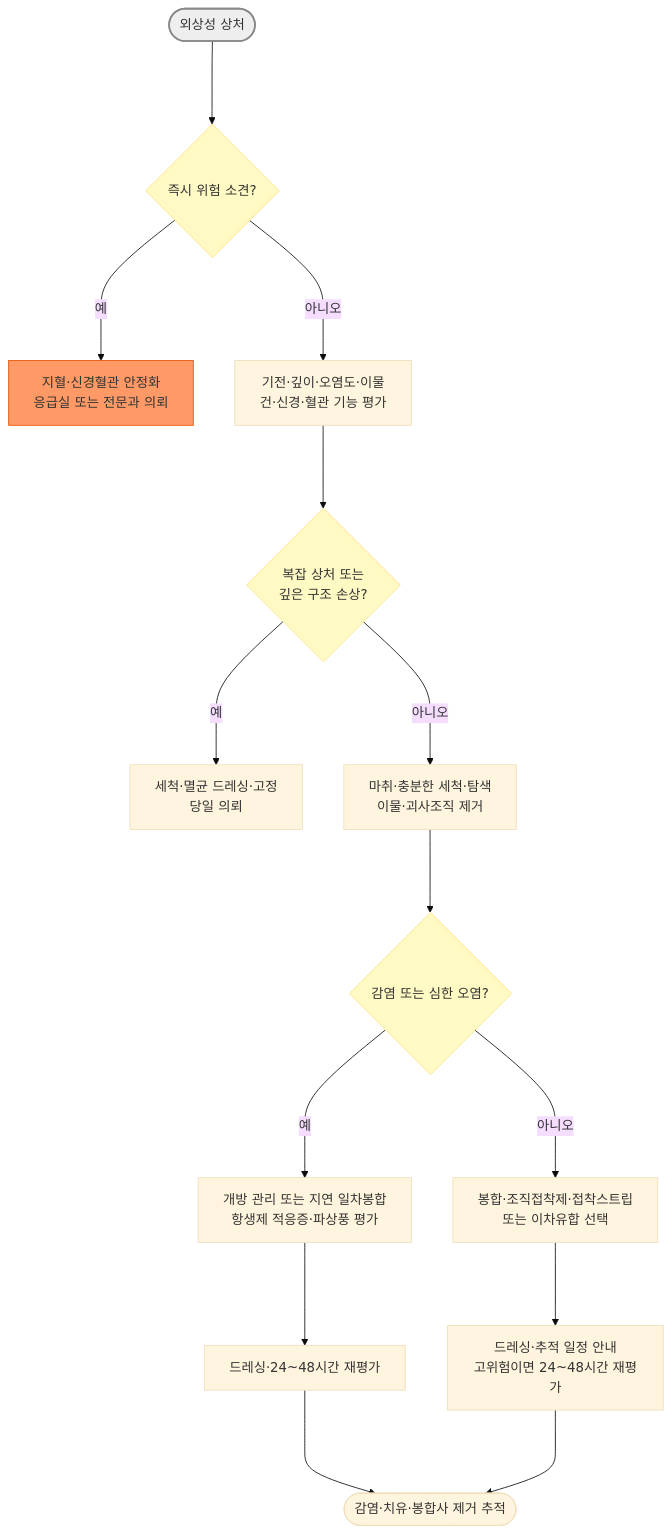
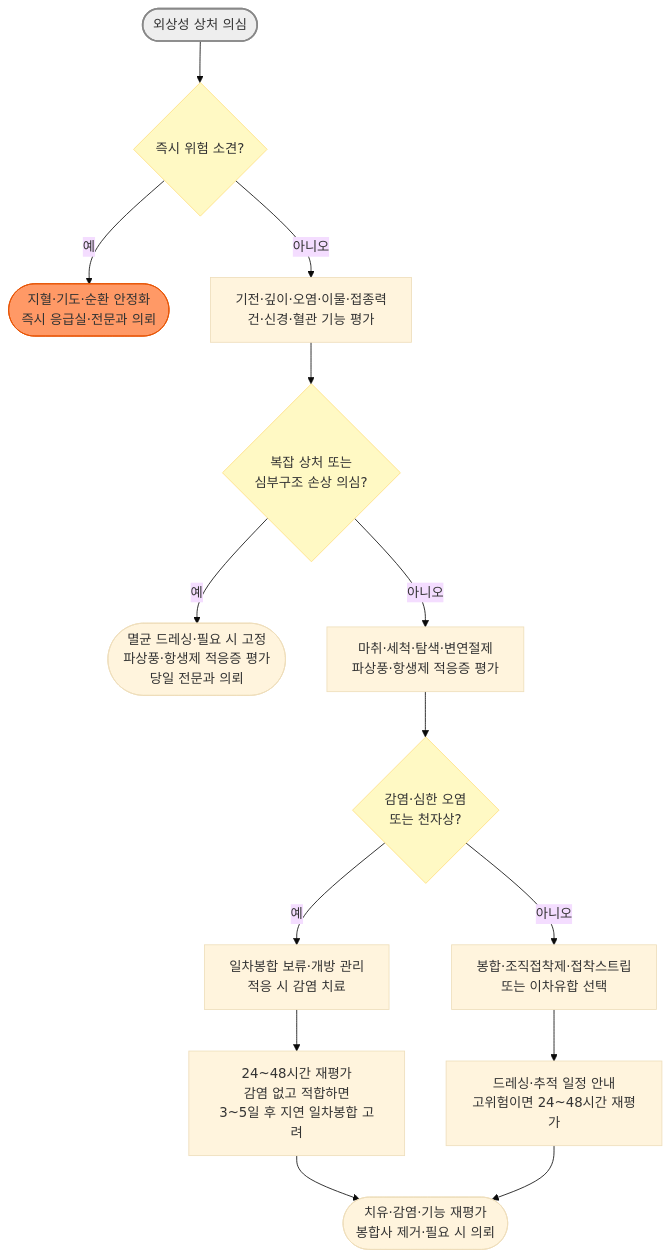
One commit to familyoh77/familyoh77 changed the diagram in 230_/202_-wound-care.md. Above: the diagram before and after it, drawn with Mermaid (base theme). The commit also changed other lines of this file and 16 other files, not shown here.

````diff
--- a/230_/202_-wound-care.md
+++ b/230_/202_-wound-care.md
@@ -73,21 +75,21 @@
 ```mermaid
 flowchart TD
-    A(["외상성 상처"]) ---> B{"즉시 위험 소견?"}
-    B -- 예 ---> C["지혈·신경혈관 안정화<br/>응급실 또는 전문과 의뢰"]
-    B -- 아니오 ---> D["기전·깊이·오염도·이물<br/>건·신경·혈관 기능 평가"]
-    D ---> E{"복잡 상처 또는<br/>깊은 구조 손상?"}
-    E -- 예 ---> F["세척·멸균 드레싱·고정<br/>당일 의뢰"]
-    E -- 아니오 ---> G["마취·충분한 세척·탐색<br/>이물·괴사조직 제거"]
-    G ---> H{"감염 또는 심한 오염?"}
-    H -- 예 ---> I["개방 관리 또는 지연 일차봉합<br/>항생제 적응증·파상풍 평가"]
-    H -- 아니오 ---> J["봉합·조직접착제·접착스트립<br/>또는 이차유합 선택"]
-    I ---> K["드레싱·24~48시간 재평가"]
-    J ---> M["드레싱·추적 일정 안내<br/>고위험이면 24~48시간 재평가"]
-    K ---> L(["감염·치유·봉합사 제거 추적"])
-    M ---> L
+    A(["외상성 상처 의심"]) --> B{"즉시 위험 소견?"}
+    B -- 예 --> C(["지혈·기도·순환 안정화<br/>즉시 응급실·전문과 의뢰"])
+    B -- 아니오 --> D["기전·깊이·오염·이물·접종력<br/>건·신경·혈관 기능 평가"]
+    D --> E{"복잡 상처 또는<br/>심부구조 손상 의심?"}
+    E -- 예 --> F(["멸균 드레싱·필요 시 고정<br/>파상풍·항생제 적응증 평가<br/>당일 전문과 의뢰"])
+    E -- 아니오 --> G["마취·세척·탐색·변연절제<br/>파상풍·항생제 적응증 평가"]
+    G --> H{"감염·심한 오염<br/>또는 천자상?"}
+    H -- 예 --> I["일차봉합 보류·개방 관리<br/>적응 시 감염 치료"]
+    H -- 아니오 --> J["봉합·조직접착제·접착스트립<br/>또는 이차유합 선택"]
+    I --> K["24~48시간 재평가<br/>감염 없고 적합하면<br/>3~5일 후 지연 일차봉합 고려"]
+    J --> M["드레싱·추적 일정 안내<br/>고위험이면 24~48시간 재평가"]
+    K --> L(["치유·감염·기능 재평가<br/>봉합사 제거·필요 시 의뢰"])
+    M --> L
     style A fill:#eeeeee,stroke:#888888,stroke-width:2px
     style B fill:#fff9c4,stroke:#ffe082
     style E fill:#fff9c4,stroke:#ffe082
     style H fill:#fff9c4,stroke:#ffe082
     style C fill:#f96,stroke:#e65100
 ```
````
